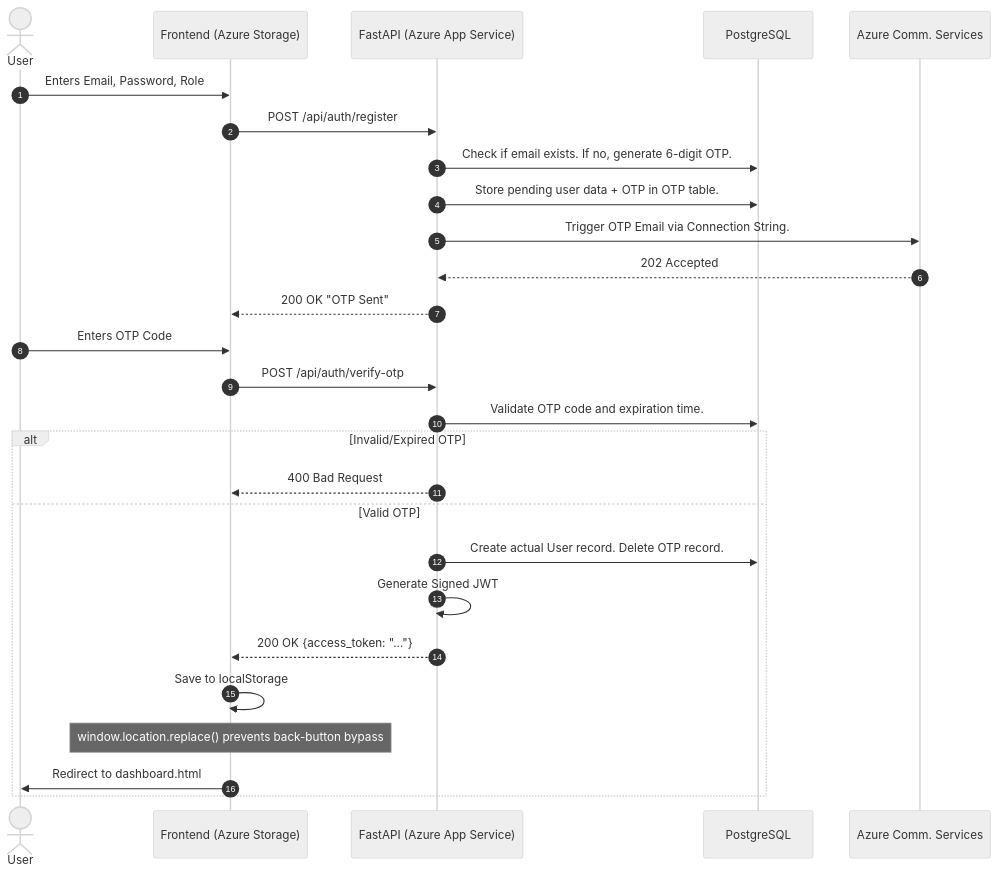
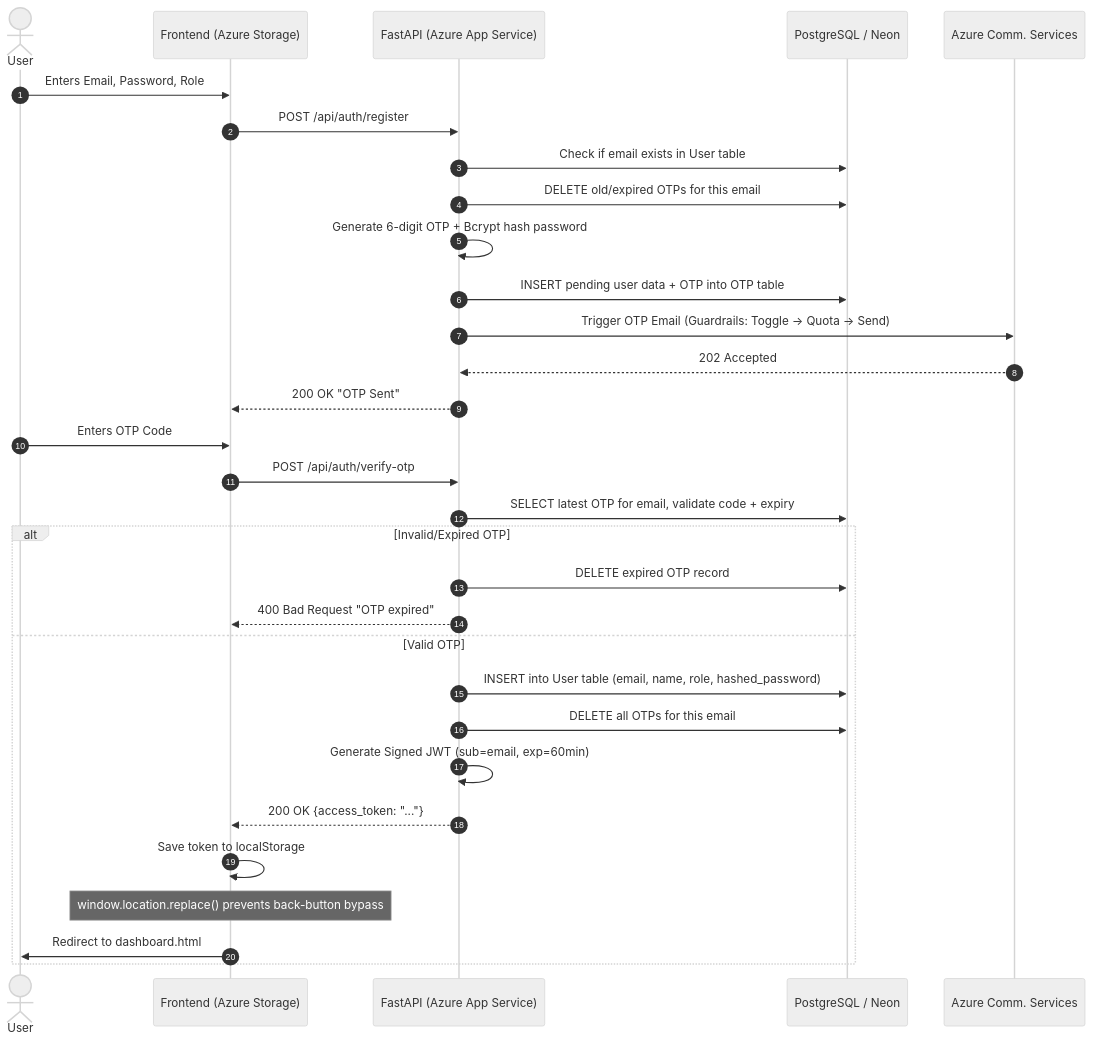
Before and after one commit to Dhruv-Puri/2nd-year-Internship: the second of 7 diagrams in docs/design_doc.md, drawn with Mermaid (neutral theme). The commit also changed other lines of this file, not shown here.

````diff
--- a/docs/design_doc.md
+++ b/docs/design_doc.md
@@ -79,31 +108,36 @@
 ```mermaid
 sequenceDiagram
     autonumber
     actor User
     participant UI as Frontend (Azure Storage)
     participant API as FastAPI (Azure App Service)
-    participant DB as PostgreSQL
+    participant DB as PostgreSQL / Neon
     participant ACS as Azure Comm. Services
 
     User->>UI: Enters Email, Password, Role
     UI->>API: POST /api/auth/register
-    API->>DB: Check if email exists. If no, generate 6-digit OTP.
-    API->>DB: Store pending user data + OTP in OTP table.
-    API->>ACS: Trigger OTP Email via Connection String.
+    API->>DB: Check if email exists in User table
+    API->>DB: DELETE old/expired OTPs for this email
+    API->>API: Generate 6-digit OTP + Bcrypt hash password
+    API->>DB: INSERT pending user data + OTP into OTP table
+    API->>ACS: Trigger OTP Email (Guardrails: Toggle → Quota → Send)
     ACS-->>API: 202 Accepted
     API-->>UI: 200 OK "OTP Sent"
     
     User->>UI: Enters OTP Code
     UI->>API: POST /api/auth/verify-otp
-    API->>DB: Validate OTP code and expiration time.
+    API->>DB: SELECT latest OTP for email, validate code + expiry
+    
     alt Invalid/Expired OTP
-        API-->>UI: 400 Bad Request
+        API->>DB: DELETE expired OTP record
+        API-->>UI: 400 Bad Request "OTP expired"
     else Valid OTP
-        API->>DB: Create actual User record. Delete OTP record.
-        API->>API: Generate Signed JWT
+        API->>DB: INSERT into User table (email, name, role, hashed_password)
+        API->>DB: DELETE all OTPs for this email
+        API->>API: Generate Signed JWT (sub=email, exp=60min)
         API-->>UI: 200 OK {access_token: "..."}
-        UI->>UI: Save to localStorage
+        UI->>UI: Save token to localStorage
         Note over UI: window.location.replace() prevents back-button bypass
         UI->>User: Redirect to dashboard.html
     end
 ```
````
